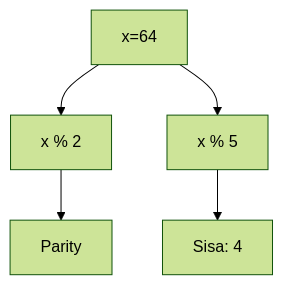
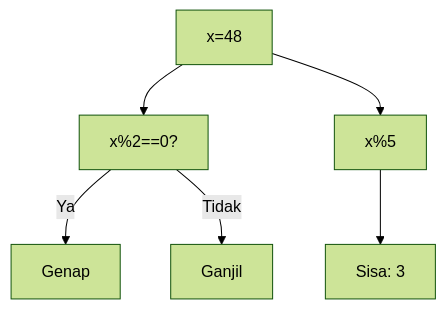
One commit to amnahwaida/OSNK_INF_PREP changed the seventh of 25 diagrams in part-c-pemahaman-cpp/02-percabangan/latihan/set-06.md. Above: the diagram before and after it, drawn with Mermaid (forest theme). The commit also changed other lines of this file and 71 other files, not shown here.

Commit message:
Fixed Mermaid syntax lexical errors with quoted labels in 1,800 questions

````diff
--- a/part-c-pemahaman-cpp/02-percabangan/latihan/set-06.md
+++ b/part-c-pemahaman-cpp/02-percabangan/latihan/set-06.md
@@ -116,7 +206,8 @@
 ```mermaid
 graph TD
-A[x=64] --> B[x % 2]
-B --> C[Parity]
-A --> D[x % 5]
-D --> E[Sisa: 4]
+A["x=48"] --> B["x%2==0?"]
+B -- Ya --> C["Genap"]
+B -- Tidak --> D["Ganjil"]
+A --> E["x%5"]
+E --> F["Sisa: 3"]
 ```
````
